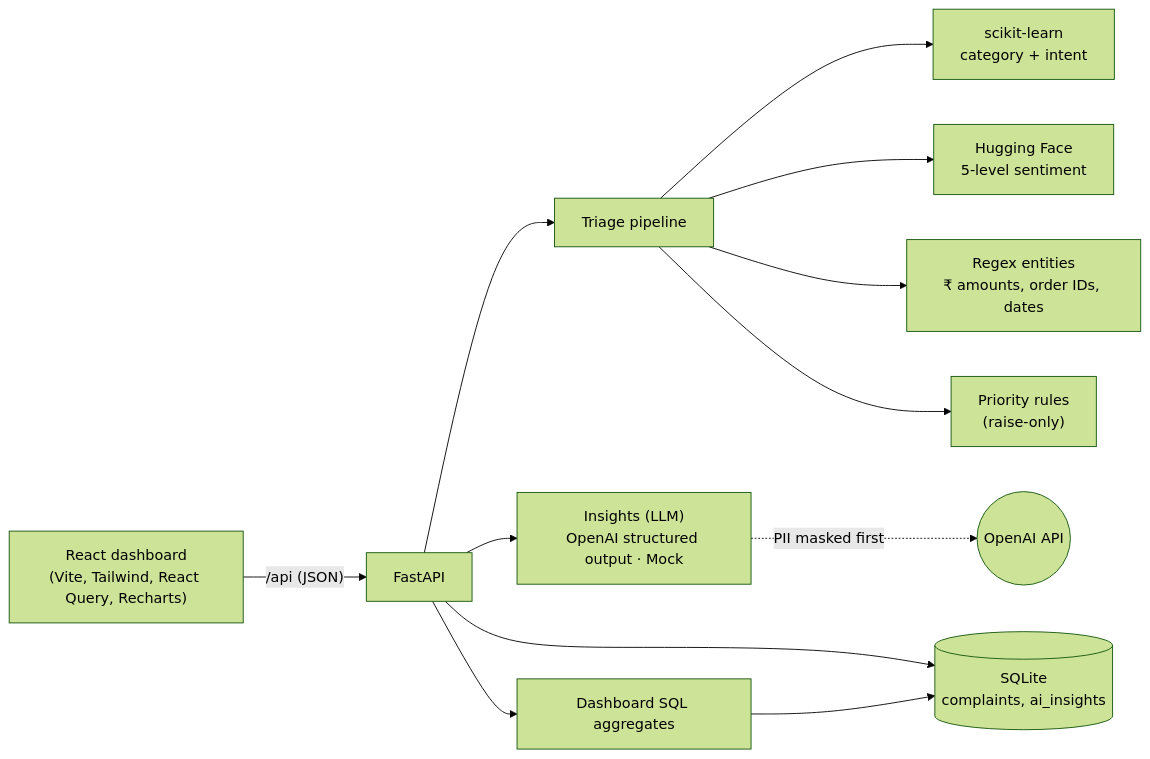
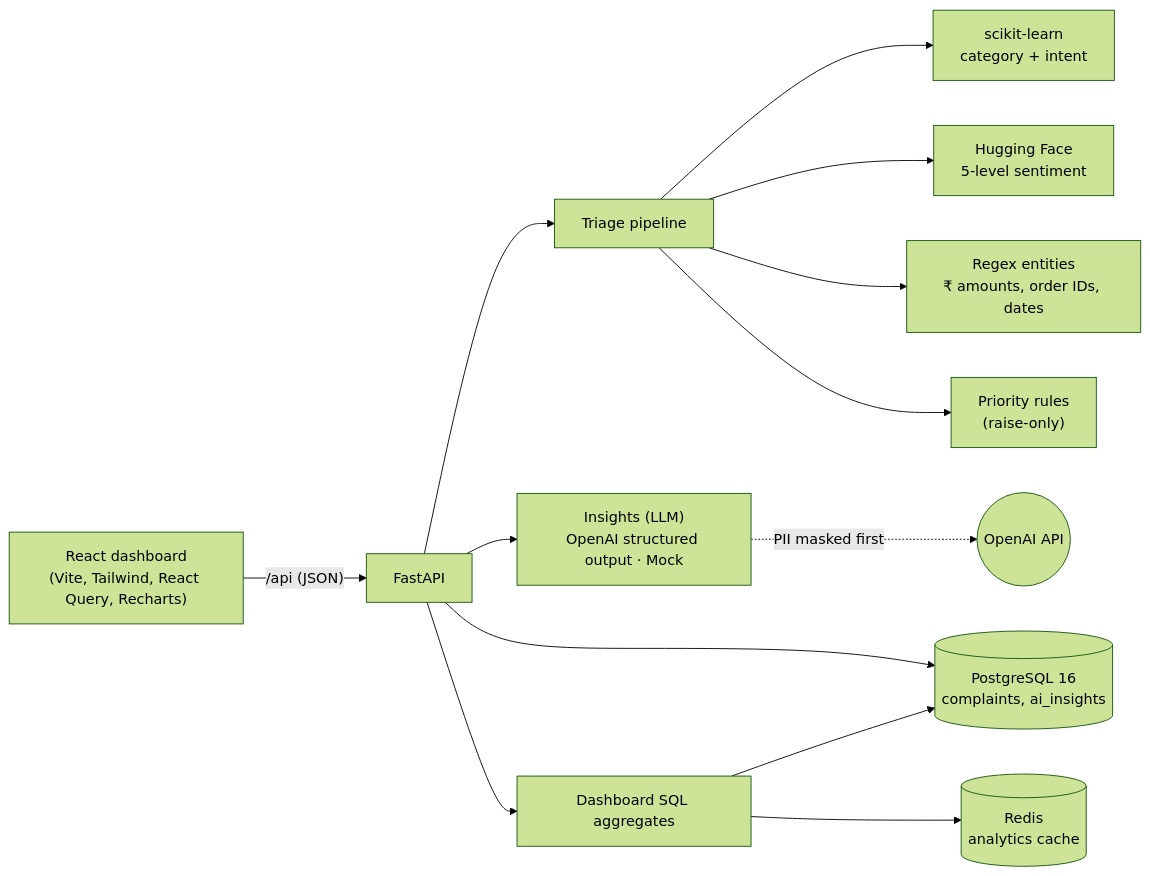
The first of 2 diagrams in docs/ARCHITECTURE.md (trishna0049/complaint-intelligence), drawn with Mermaid (forest theme) before and after one commit. The commit also changed other lines of this file and 41 other files, not shown here.

````diff
--- a/docs/ARCHITECTURE.md
+++ b/docs/ARCHITECTURE.md
@@ -5,14 +6,15 @@
 ```mermaid
 flowchart LR
     UI["React dashboard<br/>(Vite, Tailwind, React Query, Recharts)"] -- "/api (JSON)" --> API["FastAPI"]
     API --> T["Triage pipeline"]
     T --> C["scikit-learn<br/>category + intent"]
     T --> S["Hugging Face<br/>5-level sentiment"]
     T --> E["Regex entities<br/>₹ amounts, order IDs, dates"]
     T --> P["Priority rules<br/>(raise-only)"]
     API --> L["Insights (LLM)<br/>OpenAI structured output · Mock"]
     L -. "PII masked first" .-> OAI(("OpenAI API"))
-    API --> DB[("SQLite<br/>complaints, ai_insights")]
+    API --> DB[("PostgreSQL 16<br/>complaints, ai_insights")]
+    D --> R[("Redis<br/>analytics cache")]
     API --> D["Dashboard SQL aggregates"]
     D --> DB
 ```
````
